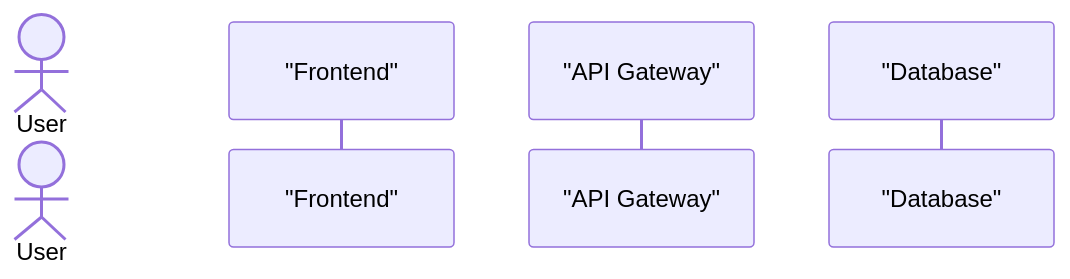
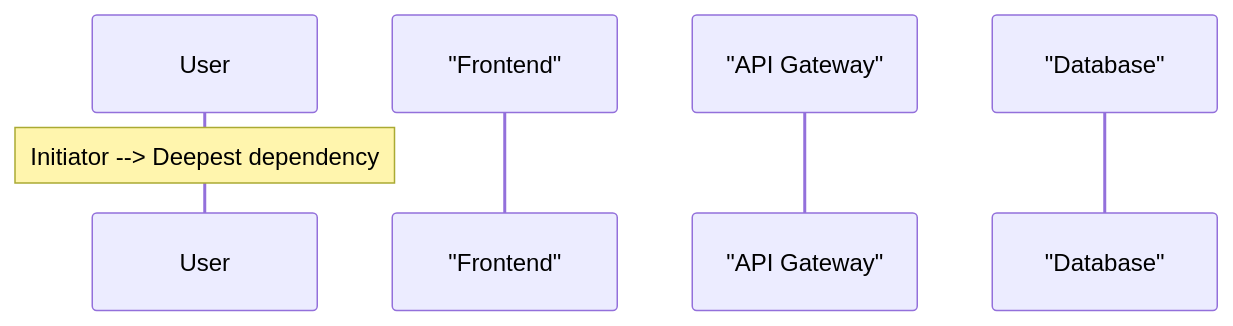
Before and after one commit to mgranberry/mermaid-diagram-skill: the fourth of 5 diagrams in references/types/sequence.md, drawn with Mermaid. The commit also changed other lines of this file and 12 other files, not shown here.

````diff
--- a/references/types/sequence.md
+++ b/references/types/sequence.md
@@ -81,8 +116,8 @@
 ```mermaid
 sequenceDiagram
-    %% LEFT: initiator → RIGHT: deepest dependency
+    Note over User: Initiator --> Deepest dependency
     actor User
     participant UI as "Frontend"
     participant API as "API Gateway"
     participant DB as "Database"
 ```
````
